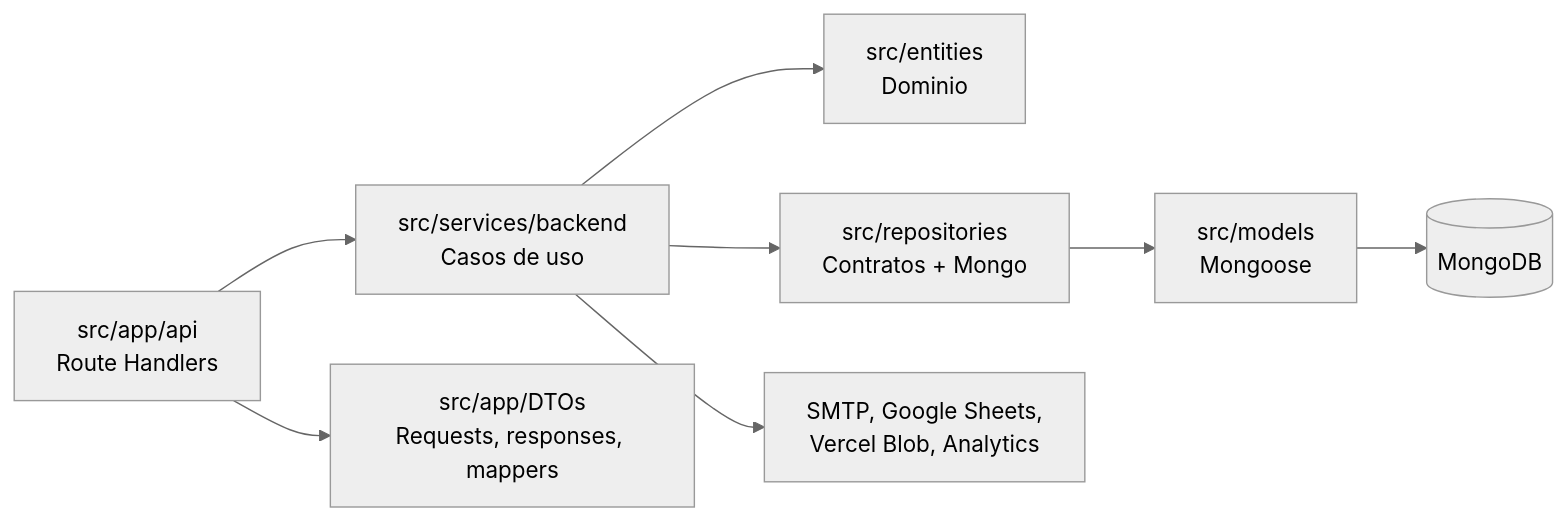
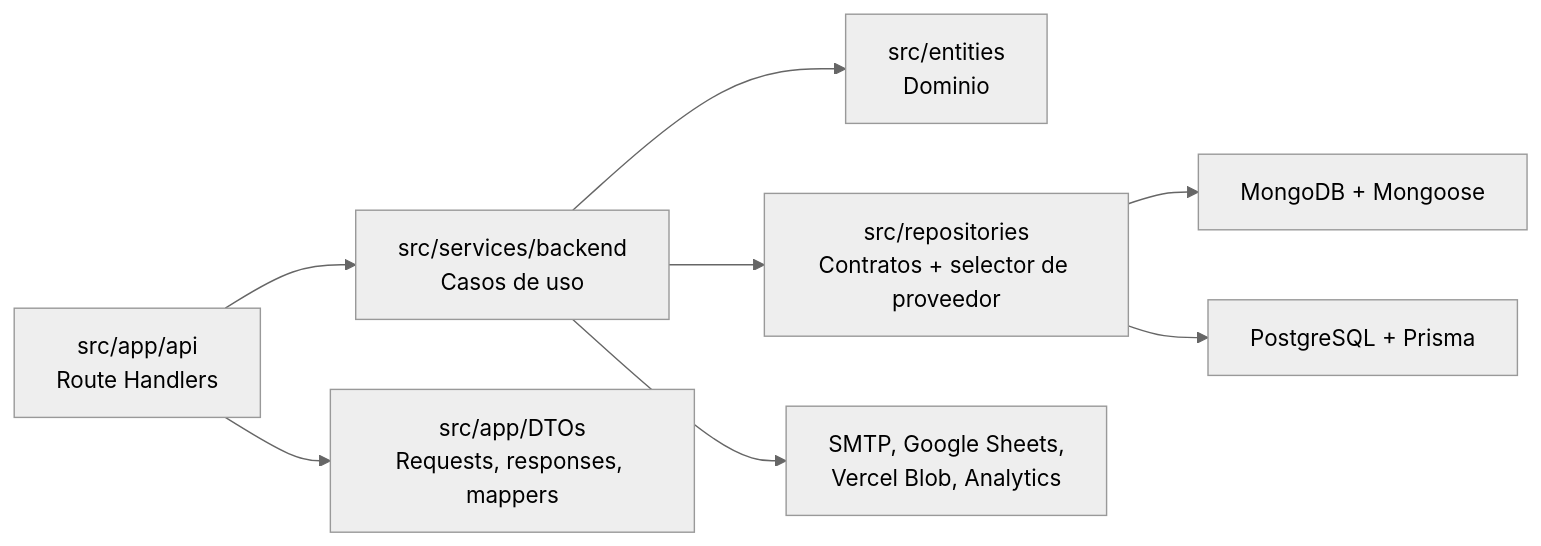
Before and after one commit to martinedelman/LUFAFantasy: the diagram in README.md, drawn with Mermaid (neutral theme). The commit also changed other lines of this file and 97 other files, not shown here.

Commit message:
Migrate persistence to PostgreSQL

````diff
--- a/README.md
+++ b/README.md
@@ -44,10 +44,10 @@
 ```mermaid
 flowchart LR
   Api["src/app/api\nRoute Handlers"] --> Services["src/services/backend\nCasos de uso"]
   Services --> Entities["src/entities\nDominio"]
-  Services --> Repos["src/repositories\nContratos + Mongo"]
-  Repos --> Models["src/models\nMongoose"]
-  Models --> Mongo[(MongoDB)]
+  Services --> Repos["src/repositories\nContratos + selector de proveedor"]
+  Repos --> MongoAdapters["MongoDB + Mongoose"]
+  Repos --> PostgresAdapters["PostgreSQL + Prisma"]
   Api --> DTOs["src/app/DTOs\nRequests, responses, mappers"]
   Services --> External["SMTP, Google Sheets,\nVercel Blob, Analytics"]
 ```
````
